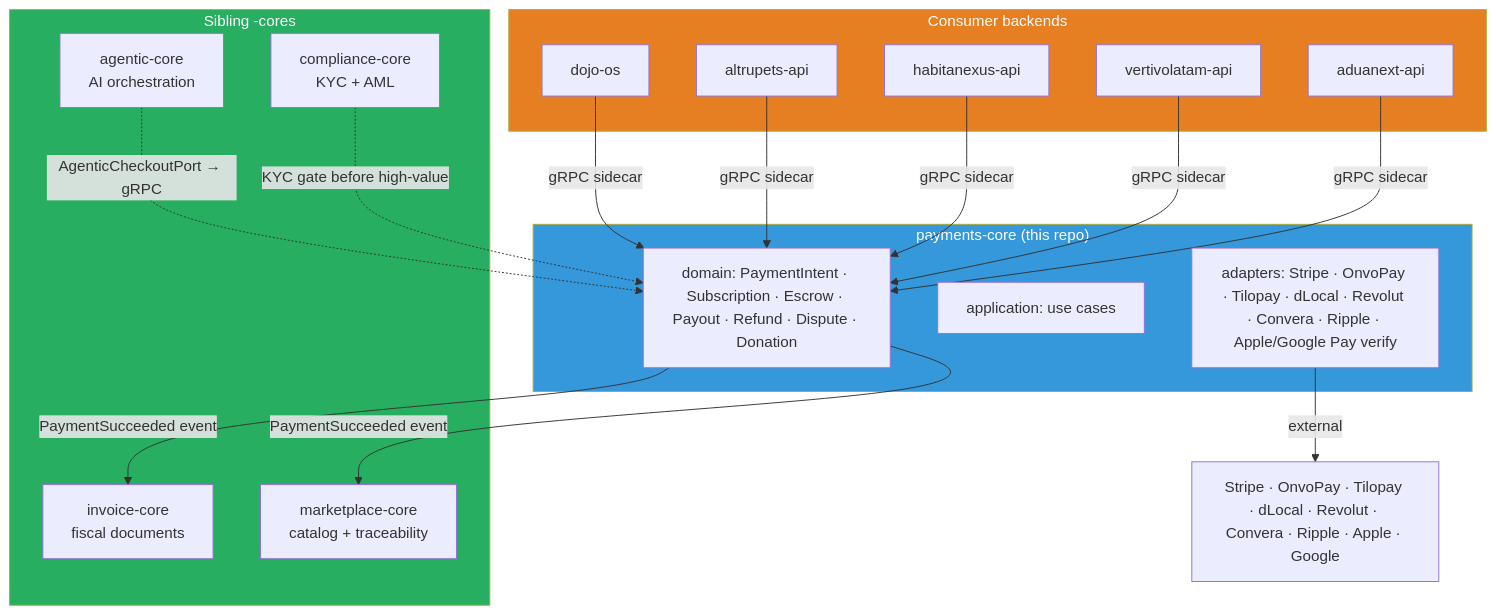
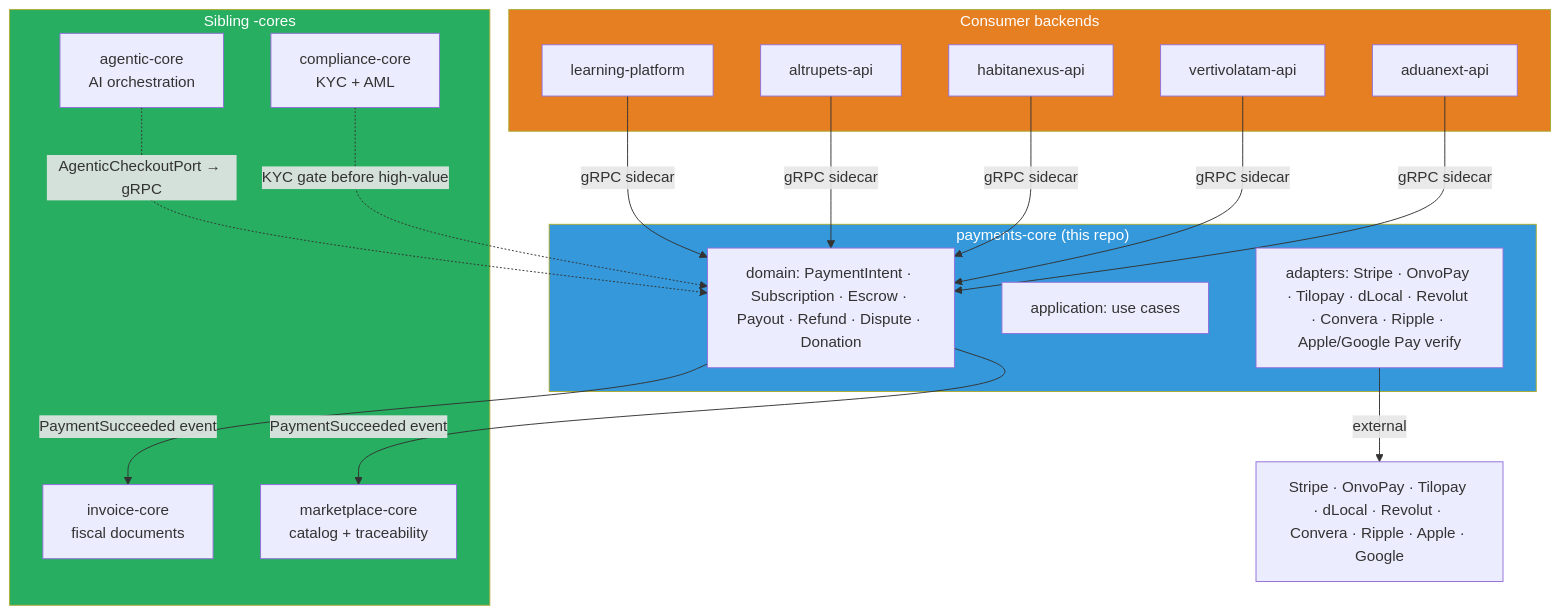
The diagram in services/payments-core/openspec/changes/governance-rubric-adoption/design.md (chimeranext/better-microservices), drawn with Mermaid before and after one commit. The commit also changed 47 other files, not shown here.

````diff
--- a/services/payments-core/openspec/changes/governance-rubric-adoption/design.md
+++ b/services/payments-core/openspec/changes/governance-rubric-adoption/design.md
@@ -30,36 +30,36 @@
 ```mermaid
 graph TB
     subgraph PAYMENTS_CORE["payments-core (this repo)"]
         DOM["domain: PaymentIntent · Subscription · Escrow · Payout · Refund · Dispute · Donation"]
         APP["application: use cases"]
         ADP["adapters: Stripe · OnvoPay · Tilopay · dLocal · Revolut · Convera · Ripple · Apple/Google Pay verify"]
     end
 
     subgraph SIBLINGS["Sibling -cores"]
         AC["agentic-core\nAI orchestration"]
         IC["invoice-core\nfiscal documents"]
         MC["marketplace-core\ncatalog + traceability"]
         CC["compliance-core\nKYC + AML"]
     end
 
     subgraph CONSUMERS["Consumer backends"]
-        DO["dojo-os"]
+        DO["learning-platform"]
         AL["altrupets-api"]
         HN["habitanexus-api"]
         VT["vertivolatam-api"]
         AD["aduanext-api"]
     end
 
     DO & AL & HN & VT & AD -->|"gRPC sidecar"| DOM
 
     AC -.->|"AgenticCheckoutPort → gRPC"| DOM
     DOM -->|"PaymentSucceeded event"| IC
     DOM -->|"PaymentSucceeded event"| MC
     CC -.->|"KYC gate before high-value"| DOM
 
     ADP -->|"external"| EXT["Stripe · OnvoPay · Tilopay · dLocal · Revolut · Convera · Ripple · Apple · Google"]
 
     style PAYMENTS_CORE fill:#3498DB,color:#fff
     style SIBLINGS fill:#27AE60,color:#fff
     style CONSUMERS fill:#E67E22,color:#fff
 ```
````
